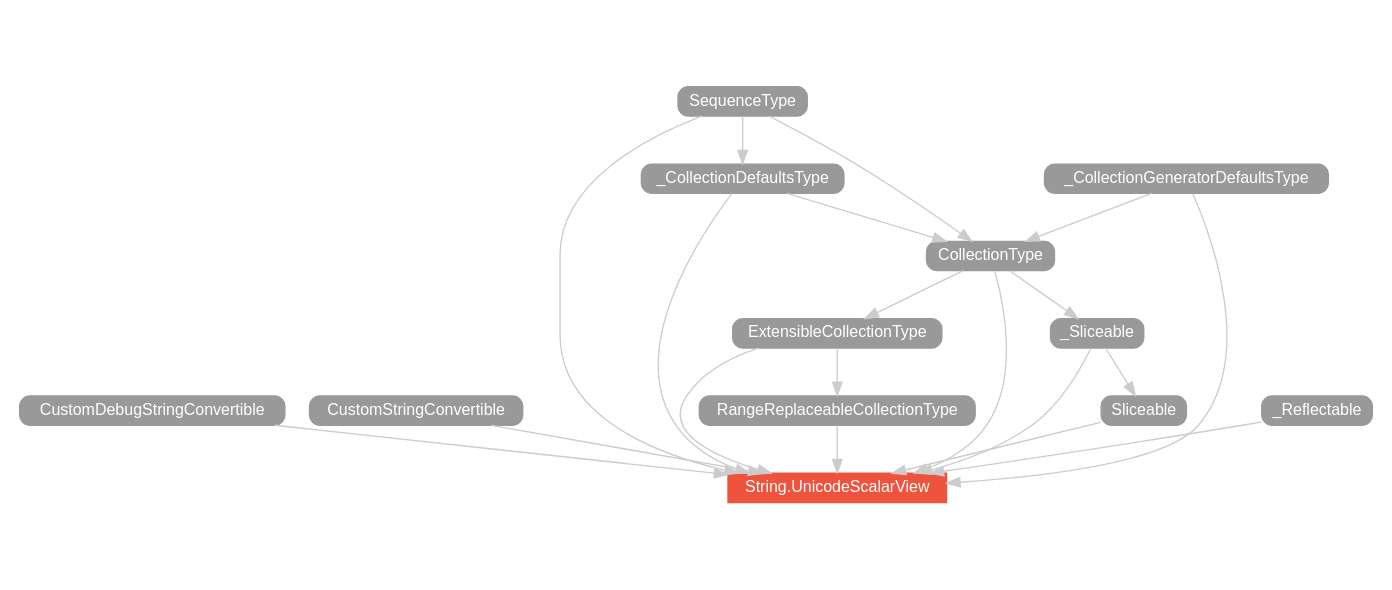
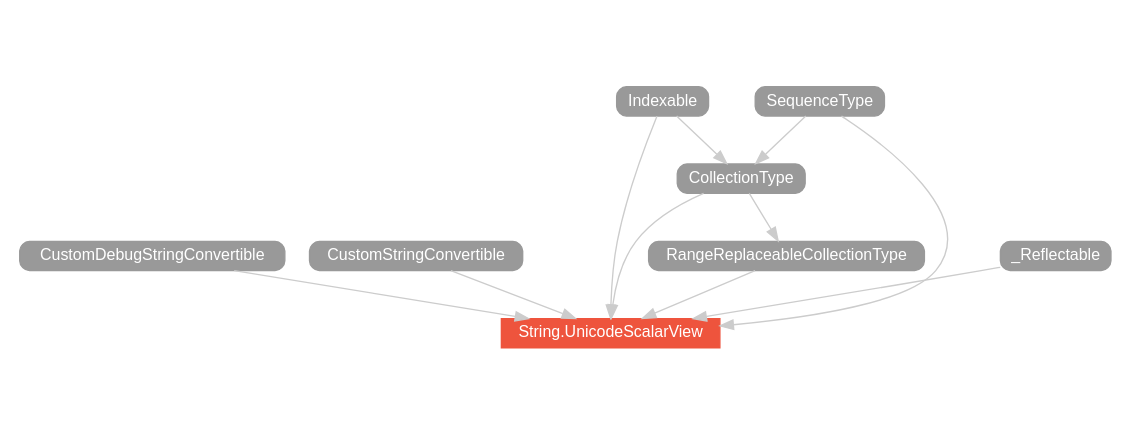
The diagram in swift-2/type/String.UnicodeScalarView/hierarchy/index.dot (SwiftDoc/SwiftDoc.github.io), drawn with Graphviz before and after one commit. The commit also changed 1118 other files, not shown here.

```diff
--- a/swift-2/type/String.UnicodeScalarView/hierarchy/index.dot
+++ b/swift-2/type/String.UnicodeScalarView/hierarchy/index.dot
@@ -1,57 +1,27 @@
 strict digraph "String.UnicodeScalarView - Type Hierarchy - SwiftDoc.org" {
     pad="0.1,0.8"
     node [shape=box, style="filled,rounded", color="#999999", fillcolor="#999999", fontcolor=white, fontname=Helvetica, fontnames="Helvetica,sansserif", fontsize=12, margin="0.07,0.05", height="0.3"]
     edge [color="#cccccc"]
     "CollectionType" [URL="/protocol/CollectionType/"]
     "CustomDebugStringConvertible" [URL="/protocol/CustomDebugStringConvertible/"]
     "CustomStringConvertible" [URL="/protocol/CustomStringConvertible/"]
-    "ExtensibleCollectionType" [URL="/protocol/ExtensibleCollectionType/"]
+    "Indexable" [URL="/protocol/Indexable/"]
     "RangeReplaceableCollectionType" [URL="/protocol/RangeReplaceableCollectionType/"]
     "SequenceType" [URL="/protocol/SequenceType/"]
-    "Sliceable" [URL="/protocol/Sliceable/"]
     "String.UnicodeScalarView" [URL="/type/String.UnicodeScalarView/", style="filled", fillcolor="#ee543d", color="#ee543d"]
-    "_CollectionDefaultsType" [URL="/protocol/_CollectionDefaultsType/"]
-    "_CollectionGeneratorDefaultsType" [URL="/protocol/_CollectionGeneratorDefaultsType/"]
-    "_Reflectable" [URL="/protocol/_Reflectable/"]
-    "_Sliceable" [URL="/protocol/_Sliceable/"]    "Sliceable" -> "String.UnicodeScalarView"
-    "_Sliceable" -> "String.UnicodeScalarView"
-    "CollectionType" -> "String.UnicodeScalarView"
+    "_Reflectable" [URL="/protocol/_Reflectable/"]    "CollectionType" -> "String.UnicodeScalarView"
+    "Indexable" -> "String.UnicodeScalarView"
     "SequenceType" -> "String.UnicodeScalarView"
-    "_CollectionDefaultsType" -> "String.UnicodeScalarView"
-    "_CollectionGeneratorDefaultsType" -> "String.UnicodeScalarView"
     "_Reflectable" -> "String.UnicodeScalarView"
     "CustomStringConvertible" -> "String.UnicodeScalarView"
     "CustomDebugStringConvertible" -> "String.UnicodeScalarView"
-    "ExtensibleCollectionType" -> "String.UnicodeScalarView"
     "RangeReplaceableCollectionType" -> "String.UnicodeScalarView"
-    "_Sliceable" -> "Sliceable"
-    "CollectionType" -> "_Sliceable"
+    "Indexable" -> "CollectionType"
     "SequenceType" -> "CollectionType"
-    "_CollectionDefaultsType" -> "CollectionType"
-    "_CollectionGeneratorDefaultsType" -> "CollectionType"
-    "SequenceType" -> "_CollectionDefaultsType"
-    "CollectionType" -> "_Sliceable"
+    "CollectionType" -> "RangeReplaceableCollectionType"
+    "Indexable" -> "CollectionType"
     "SequenceType" -> "CollectionType"
-    "_CollectionDefaultsType" -> "CollectionType"
-    "_CollectionGeneratorDefaultsType" -> "CollectionType"
-    "SequenceType" -> "_CollectionDefaultsType"
-    "SequenceType" -> "CollectionType"
-    "_CollectionDefaultsType" -> "CollectionType"
-    "_CollectionGeneratorDefaultsType" -> "CollectionType"
-    "SequenceType" -> "_CollectionDefaultsType"
-    "SequenceType" -> "_CollectionDefaultsType"
-    "CollectionType" -> "ExtensibleCollectionType"
-    "SequenceType" -> "CollectionType"
-    "_CollectionDefaultsType" -> "CollectionType"
-    "_CollectionGeneratorDefaultsType" -> "CollectionType"
-    "SequenceType" -> "_CollectionDefaultsType"
-    "ExtensibleCollectionType" -> "RangeReplaceableCollectionType"
-    "CollectionType" -> "ExtensibleCollectionType"
-    "SequenceType" -> "CollectionType"
-    "_CollectionDefaultsType" -> "CollectionType"
-    "_CollectionGeneratorDefaultsType" -> "CollectionType"
-    "SequenceType" -> "_CollectionDefaultsType"
     subgraph Types {
         rank = max; "String.UnicodeScalarView";
     }
 }
```
